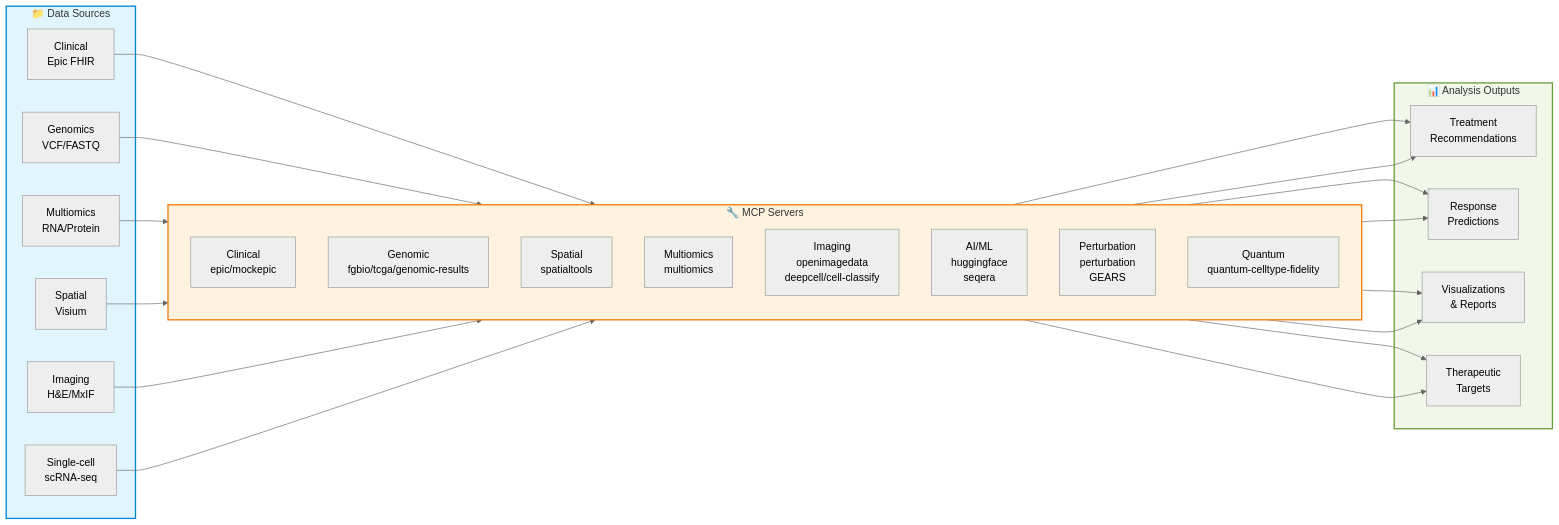
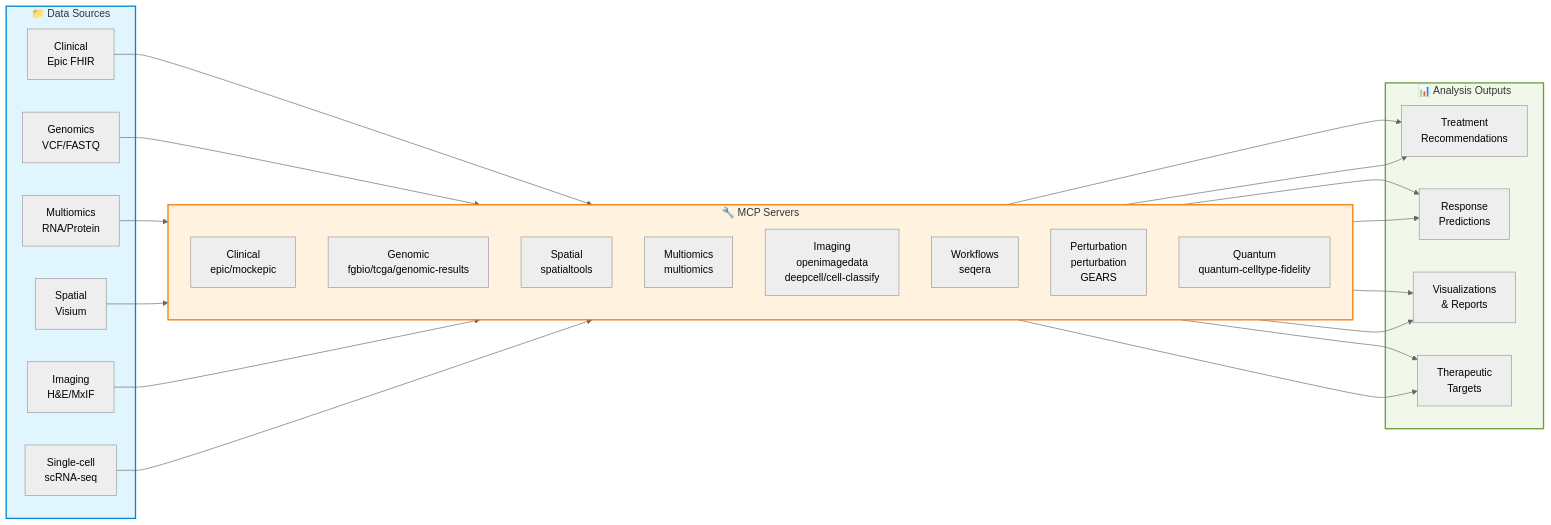
Before and after one commit to raymond301/precision-medicine-mcp: the first of 2 diagrams in docs/reference/architecture/README.md, drawn with Mermaid (neutral theme). The commit also changed other lines of this file and 55 other files, not shown here.

````diff
--- a/docs/reference/architecture/README.md
+++ b/docs/reference/architecture/README.md
@@ -9,50 +9,50 @@
 ```mermaid
 graph LR
     subgraph Input["📁 Data Sources"]
         EHR[Clinical<br/>Epic FHIR]
         SEQ[Genomics<br/>VCF/FASTQ]
         OMICS[Multiomics<br/>RNA/Protein]
         SPATIAL[Spatial<br/>Visium]
         IMG[Imaging<br/>H&E/MxIF]
         SCRNA[Single-cell<br/>scRNA-seq]
     end
 
     subgraph MCP["🔧 MCP Servers"]
         direction TB
         S1[Clinical<br/>epic/mockepic]
         S2[Genomic<br/>fgbio/tcga/genomic-results]
         S3[Spatial<br/>spatialtools]
         S4[Multiomics<br/>multiomics]
         S5[Imaging<br/>openimagedata<br/>deepcell/cell-classify]
-        S6[AI/ML<br/>huggingface<br/>seqera]
+        S6[Workflows<br/>seqera]
         S7[Perturbation<br/>perturbation<br/>GEARS]
         S8[Quantum<br/>quantum-celltype-fidelity]
     end
 
     subgraph Output["📊 Analysis Outputs"]
         TREAT[Treatment<br/>Recommendations]
         PREDICT[Response<br/>Predictions]
         VIZ[Visualizations<br/>& Reports]
         INSIGHTS[Therapeutic<br/>Targets]
     end
 
     EHR --> S1
     SEQ --> S2
     OMICS --> S4
     SPATIAL --> S3
     IMG --> S5
     SCRNA --> S7
 
     S1 --> TREAT
     S2 --> PREDICT
     S3 --> VIZ
     S4 --> INSIGHTS
     S5 --> TREAT
     S6 --> PREDICT
     S7 --> VIZ
     S8 --> INSIGHTS
 
     style Input fill:#e1f5ff,stroke:#0288d1,stroke-width:2px
     style MCP fill:#fff3e0,stroke:#f57c00,stroke-width:2px
     style Output fill:#f1f8e9,stroke:#689f38,stroke-width:2px
 ```
````
